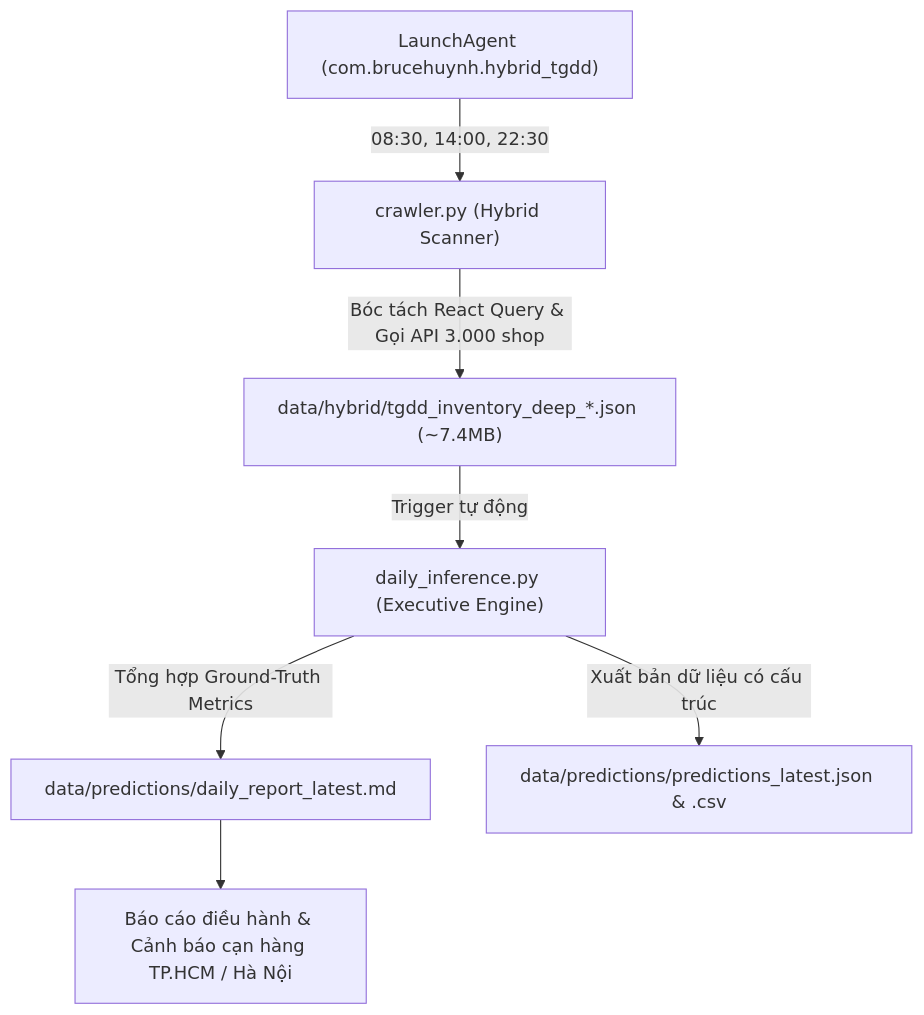
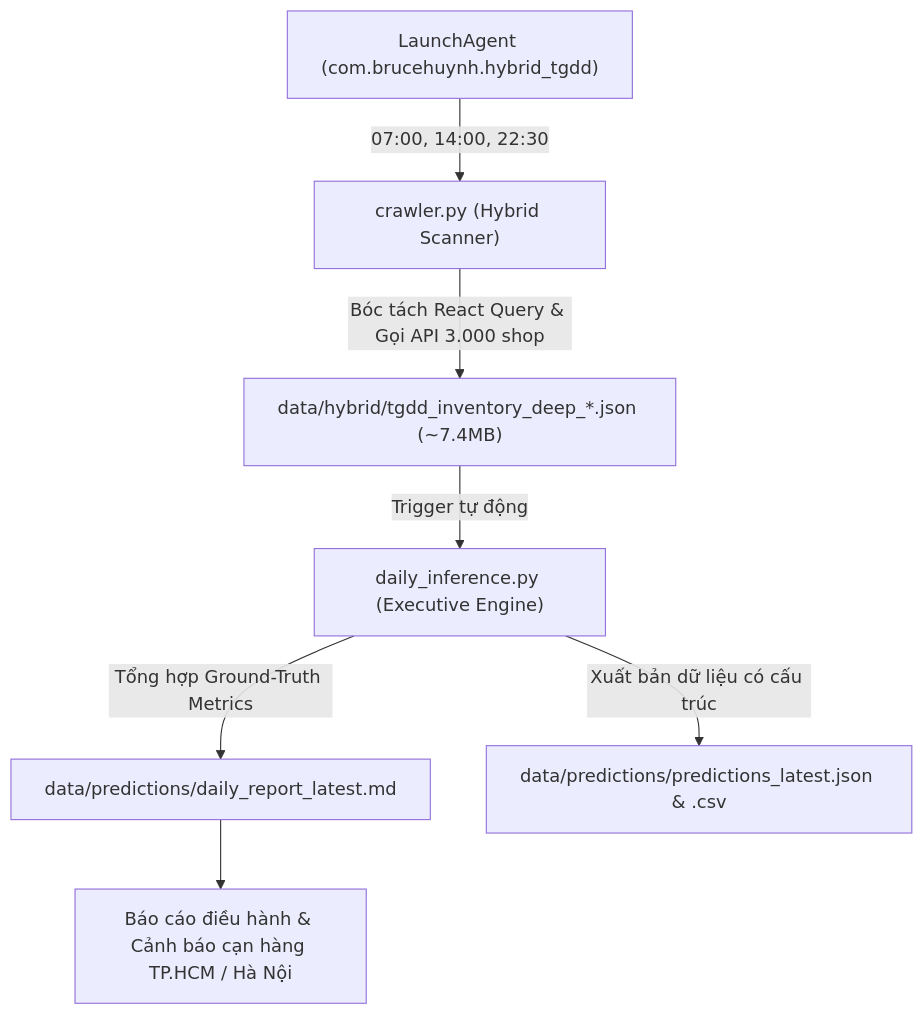
One commit to tchuynhminhtuan/daily-promotion changed the diagram in src/intelligence/README.md. Above: the diagram before and after it, drawn with Mermaid. The commit also changed other lines of this file and 3 other files, not shown here.

````diff
--- a/src/intelligence/README.md
+++ b/src/intelligence/README.md
@@ -33,9 +33,9 @@
 ```mermaid
 graph TD
-    A["LaunchAgent (com.brucehuynh.hybrid_tgdd)"] -->|08:30, 14:00, 22:30| B["crawler.py (Hybrid Scanner)"]
+    A["LaunchAgent (com.brucehuynh.hybrid_tgdd)"] -->|07:00, 14:00, 22:30| B["crawler.py (Hybrid Scanner)"]
     B -->|Bóc tách React Query & Gọi API 3.000 shop| C["data/hybrid/tgdd_inventory_deep_*.json (~7.4MB)"]
     C -->|Trigger tự động| D["daily_inference.py (Executive Engine)"]
     D -->|Tổng hợp Ground-Truth Metrics| E["data/predictions/daily_report_latest.md"]
     D -->|Xuất bản dữ liệu có cấu trúc| F["data/predictions/predictions_latest.json & .csv"]
     E --> G["Báo cáo điều hành & Cảnh báo cạn hàng TP.HCM / Hà Nội"]
 ```
````
